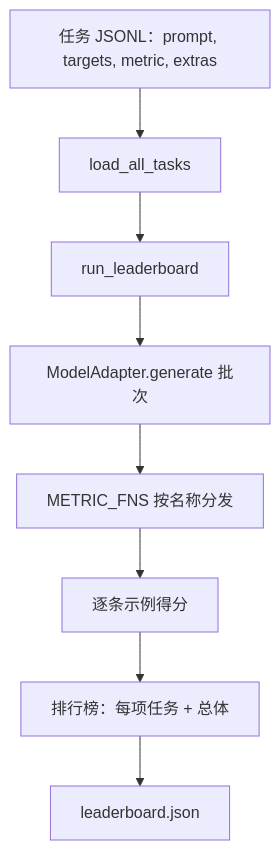
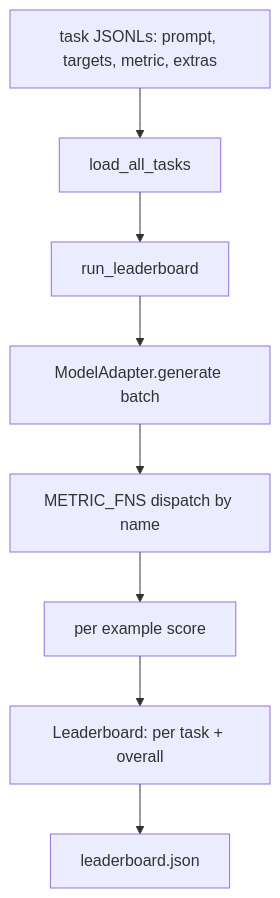
One commit to xiaojiaenen/ai-engineering-from-scratch-zh changed the first of 2 diagrams in i18n/zh/phases/19-capstone-projects/49-lm-eval-harness/docs/zh.md. Above: the diagram before and after it, drawn with Mermaid. The commit also changed other lines of this file and 85 other files, not shown here.

````diff
--- a/i18n/zh/phases/19-capstone-projects/49-lm-eval-harness/docs/zh.md
+++ b/i18n/zh/phases/19-capstone-projects/49-lm-eval-harness/docs/zh.md
@@ -27,10 +27,10 @@
 ```mermaid
 flowchart TD
-  tasks[任务 JSONL：prompt, targets, metric, extras] --> loader[load_all_tasks]
+  tasks[task JSONLs: prompt, targets, metric, extras] --> loader[load_all_tasks]
   loader --> runner[run_leaderboard]
-  runner --> adapter[ModelAdapter.generate 批次]
-  adapter --> metrics[METRIC_FNS 按名称分发]
-  metrics --> scores[逐条示例得分]
-  scores --> board[排行榜：每项任务 + 总体]
+  runner --> adapter[ModelAdapter.generate batch]
+  adapter --> metrics[METRIC_FNS dispatch by name]
+  metrics --> scores[per example score]
+  scores --> board[Leaderboard: per task + overall]
   board --> out[leaderboard.json]
 ```
````
